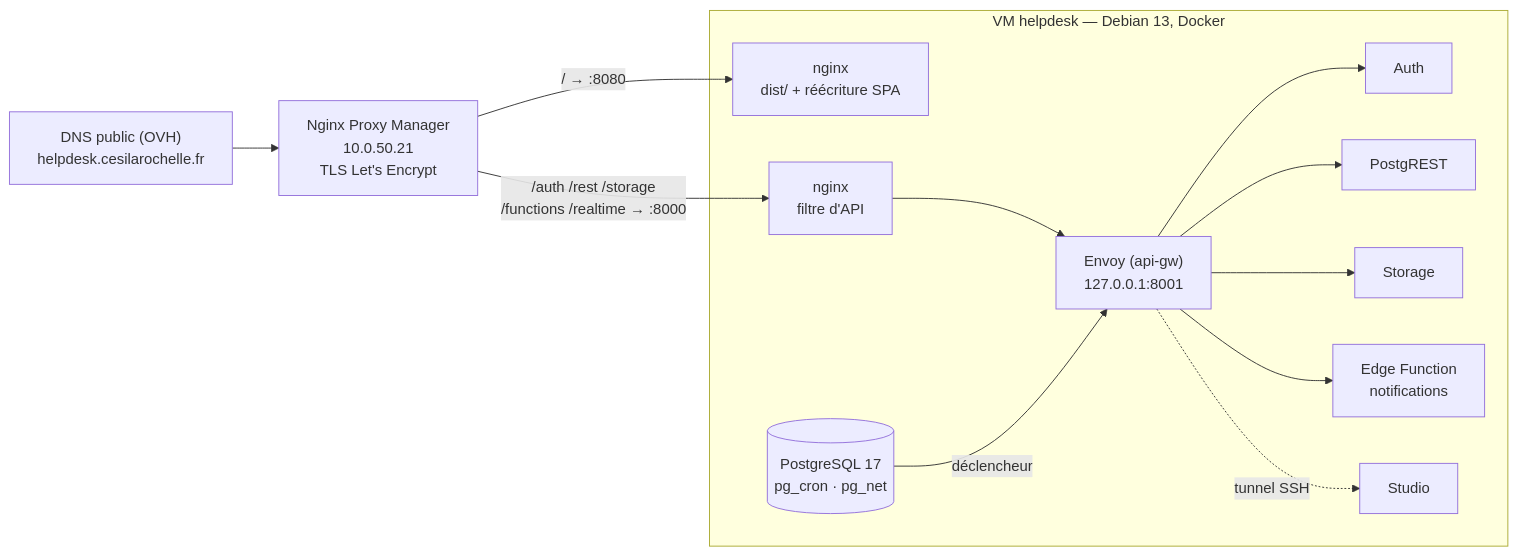
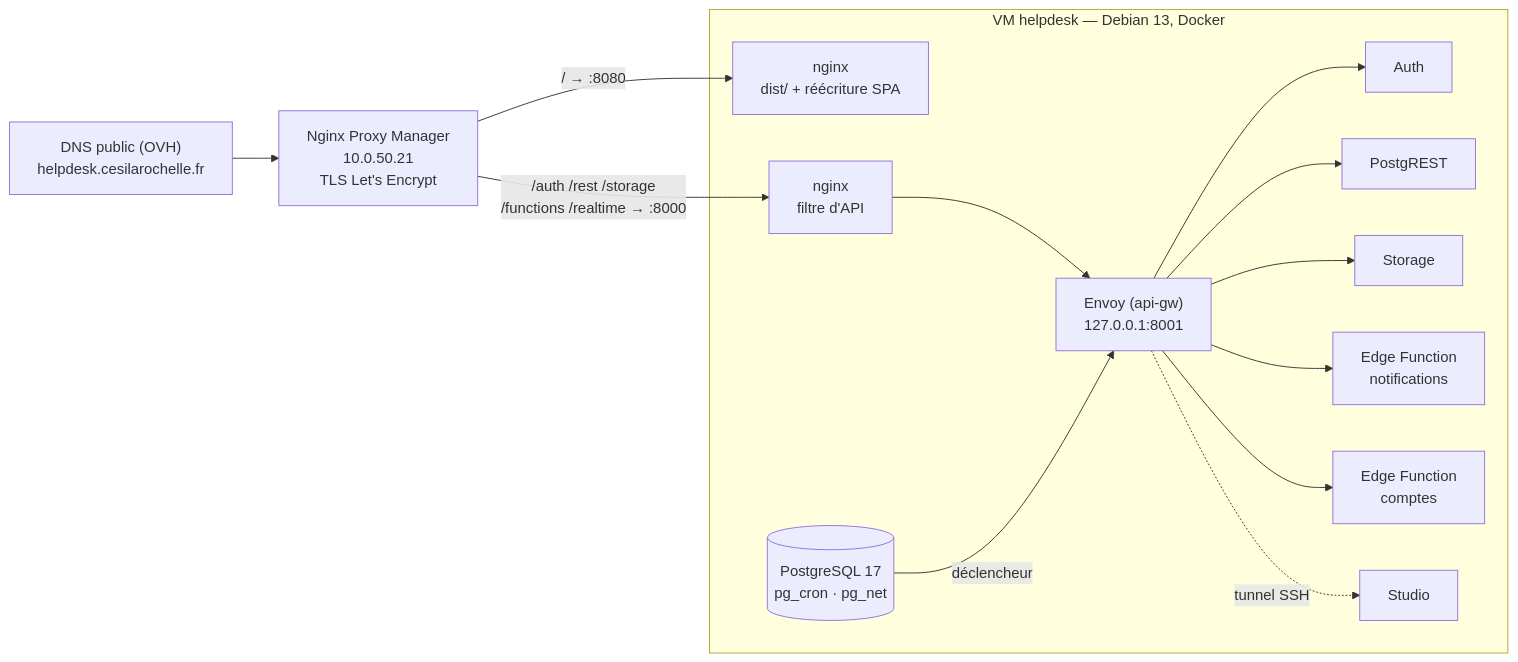
One commit to Orionis312050/cesihelpdesk changed the diagram in docs/07-autohebergement.md. Above: the diagram before and after it, drawn with Mermaid. The commit also changed other lines of this file and 17 other files, not shown here.

````diff
--- a/docs/07-autohebergement.md
+++ b/docs/07-autohebergement.md
@@ -20,16 +20,17 @@
 ```mermaid
 flowchart LR
     DNS["DNS public (OVH)<br/>helpdesk.cesilarochelle.fr"] --> NPM["Nginx Proxy Manager<br/>10.0.50.21<br/>TLS Let's Encrypt"]
     NPM -->|"/  → :8080"| WEB["nginx<br/>dist/ + réécriture SPA"]
     NPM -->|"/auth /rest /storage<br/>/functions /realtime → :8000"| FILTRE["nginx<br/>filtre d'API"]
     subgraph VM["VM helpdesk — Debian 13, Docker"]
         WEB
         FILTRE --> GW["Envoy (api-gw)<br/>127.0.0.1:8001"]
         GW --> AUTH["Auth"]
         GW --> REST["PostgREST"]
         GW --> ST["Storage"]
         GW --> EF["Edge Function<br/>notifications"]
+        GW --> EFC["Edge Function<br/>comptes"]
         GW -.->|"tunnel SSH"| STUDIO["Studio"]
         DB[("PostgreSQL 17<br/>pg_cron · pg_net")] -->|"déclencheur"| GW
     end
 ```
````
